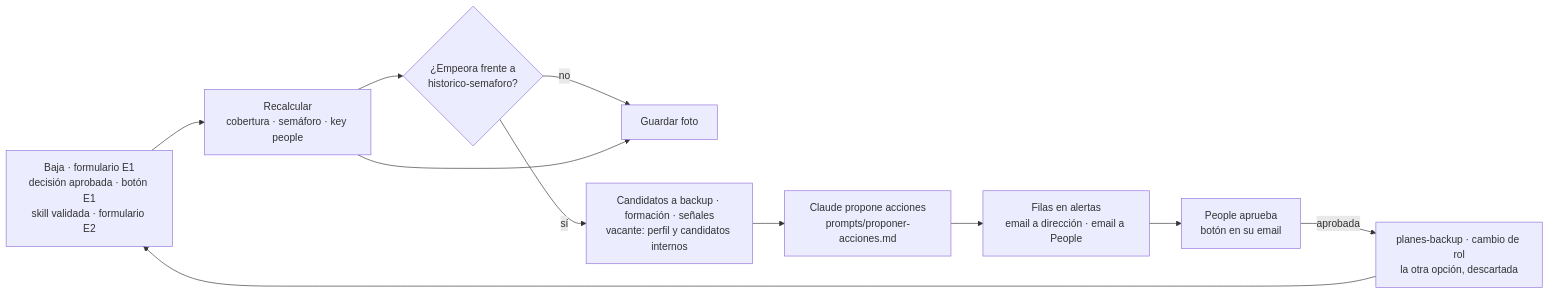
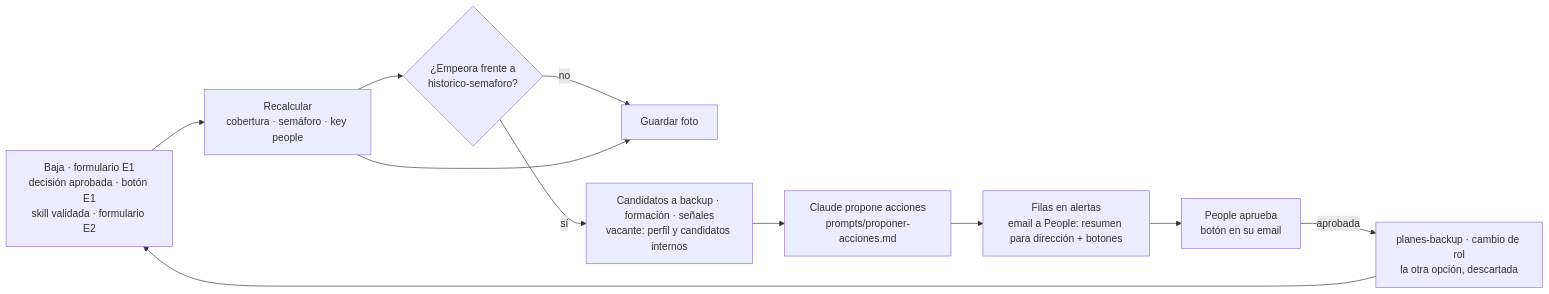
One commit to andfermen/People-OS-ACME changed the diagram in docs/arquitectura.md. Above: the diagram before and after it, drawn with Mermaid. The commit also changed other lines of this file and 21 other files, not shown here.

````diff
--- a/docs/arquitectura.md
+++ b/docs/arquitectura.md
@@ -20,13 +20,13 @@
 ```mermaid
 flowchart LR
   A[Baja · formulario E1<br/>decisión aprobada · botón E1<br/>skill validada · formulario E2] --> B[Recalcular<br/>cobertura · semáforo · key people]
   B --> C{¿Empeora frente a<br/>historico-semaforo?}
   C -- no --> H[Guardar foto]
   C -- sí --> D[Candidatos a backup · formación · señales<br/>vacante: perfil y candidatos internos]
   D --> E[Claude propone acciones<br/>prompts/proponer-acciones.md]
-  E --> F[Filas en alertas<br/>email a dirección · email a People]
+  E --> F[Filas en alertas<br/>email a People: resumen para dirección + botones]
   F --> G[People aprueba<br/>botón en su email]
   G -- aprobada --> P[planes-backup · cambio de rol<br/>la otra opción, descartada]
   P --> A
   B --> H
 ```
````
